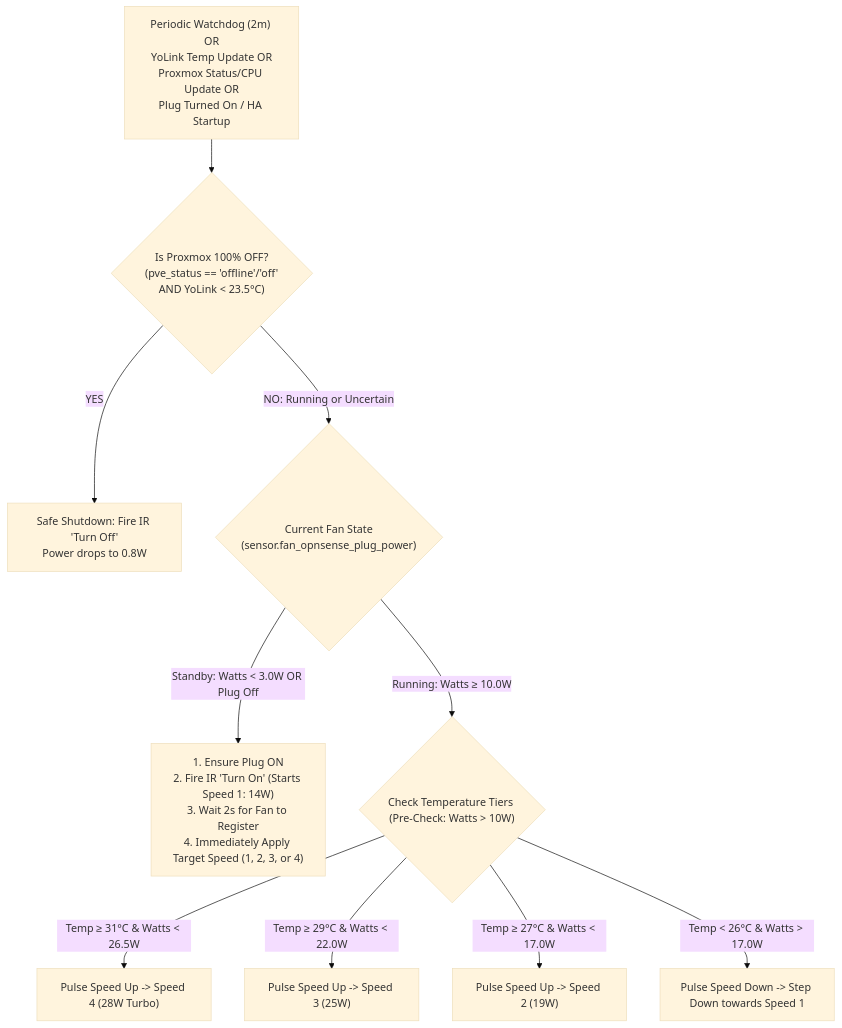
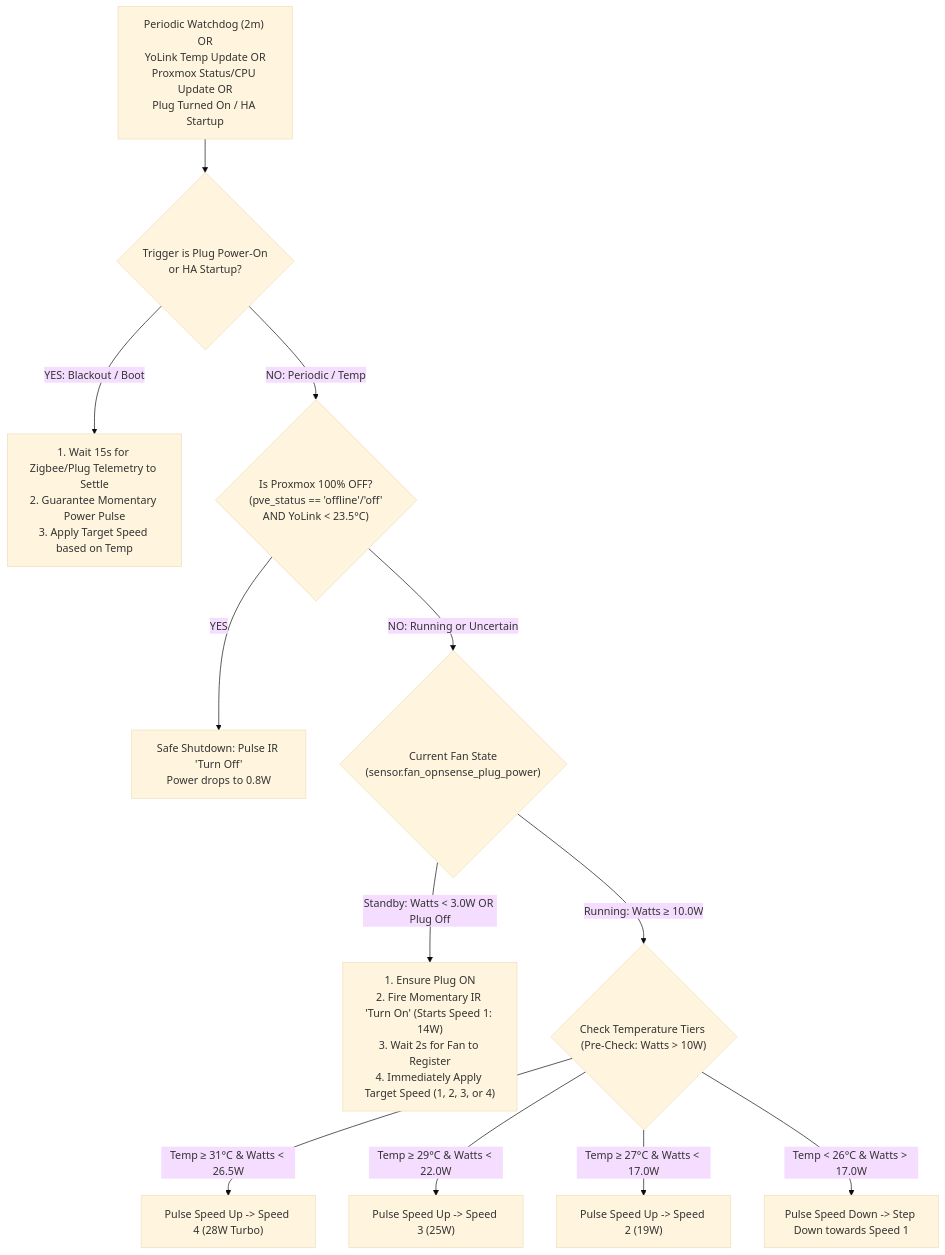
One commit to lganet/ha changed the diagram in doc/2026-10-31-power-restored-fan-recovery-plan.md. Above: the diagram before and after it, drawn with Mermaid (base theme). The commit also changed other lines of this file and 2 other files, not shown here.

Commit message:
fix: momentary pulse for IR power switch and 15s boot settling delay

````diff
--- a/doc/2026-10-31-power-restored-fan-recovery-plan.md
+++ b/doc/2026-10-31-power-restored-fan-recovery-plan.md
@@ -25,17 +25,21 @@
 ```mermaid
 flowchart TD
-    Trigger["Periodic Watchdog (2m) OR<br/>YoLink Temp Update OR<br/>Proxmox Status/CPU Update OR<br/>Plug Turned On / HA Startup"] --> CheckOff{"Is Proxmox 100% OFF?<br/>(pve_status == 'offline'/'off'<br/>AND YoLink < 23.5°C)"}
+    Trigger["Periodic Watchdog (2m) OR<br/>YoLink Temp Update OR<br/>Proxmox Status/CPU Update OR<br/>Plug Turned On / HA Startup"] --> CheckTrigger{"Trigger is Plug Power-On<br/>or HA Startup?"}
 
-    CheckOff -->|YES| SafeOff["Safe Shutdown: Fire IR 'Turn Off'<br/>Power drops to 0.8W"]
+    CheckTrigger -->|YES: Blackout / Boot| BlackoutRecovery["1. Wait 15s for Zigbee/Plug Telemetry to Settle<br/>2. Guarantee Momentary Power Pulse<br/>3. Apply Target Speed based on Temp"]
+
+    CheckTrigger -->|NO: Periodic / Temp| CheckOff{"Is Proxmox 100% OFF?<br/>(pve_status == 'offline'/'off'<br/>AND YoLink < 23.5°C)"}
+
+    CheckOff -->|YES| SafeOff["Safe Shutdown: Pulse IR 'Turn Off'<br/>Power drops to 0.8W"]
 
     CheckOff -->|NO: Running or Uncertain| CheckPower{"Current Fan State<br/>(sensor.fan_opnsense_plug_power)"}
 
-    CheckPower -->|Standby: Watts < 3.0W OR Plug Off| SelfHeal["1. Ensure Plug ON<br/>2. Fire IR 'Turn On' (Starts Speed 1: 14W)<br/>3. Wait 2s for Fan to Register<br/>4. Immediately Apply Target Speed (1, 2, 3, or 4)"]
+    CheckPower -->|Standby: Watts < 3.0W OR Plug Off| SelfHeal["1. Ensure Plug ON<br/>2. Fire Momentary IR 'Turn On' (Starts Speed 1: 14W)<br/>3. Wait 2s for Fan to Register<br/>4. Immediately Apply Target Speed (1, 2, 3, or 4)"]
 
     CheckPower -->|Running: Watts ≥ 10.0W| SpeedTiers{"Check Temperature Tiers (Pre-Check: Watts > 10W)"}
 
     SpeedTiers -->|Temp ≥ 31°C & Watts < 26.5W| ToSpeed4["Pulse Speed Up -> Speed 4 (28W Turbo)"]
     SpeedTiers -->|Temp ≥ 29°C & Watts < 22.0W| ToSpeed3["Pulse Speed Up -> Speed 3 (25W)"]
     SpeedTiers -->|Temp ≥ 27°C & Watts < 17.0W| ToSpeed2["Pulse Speed Up -> Speed 2 (19W)"]
     SpeedTiers -->|Temp < 26°C & Watts > 17.0W| StepDown["Pulse Speed Down -> Step Down towards Speed 1"]
 ```
````
